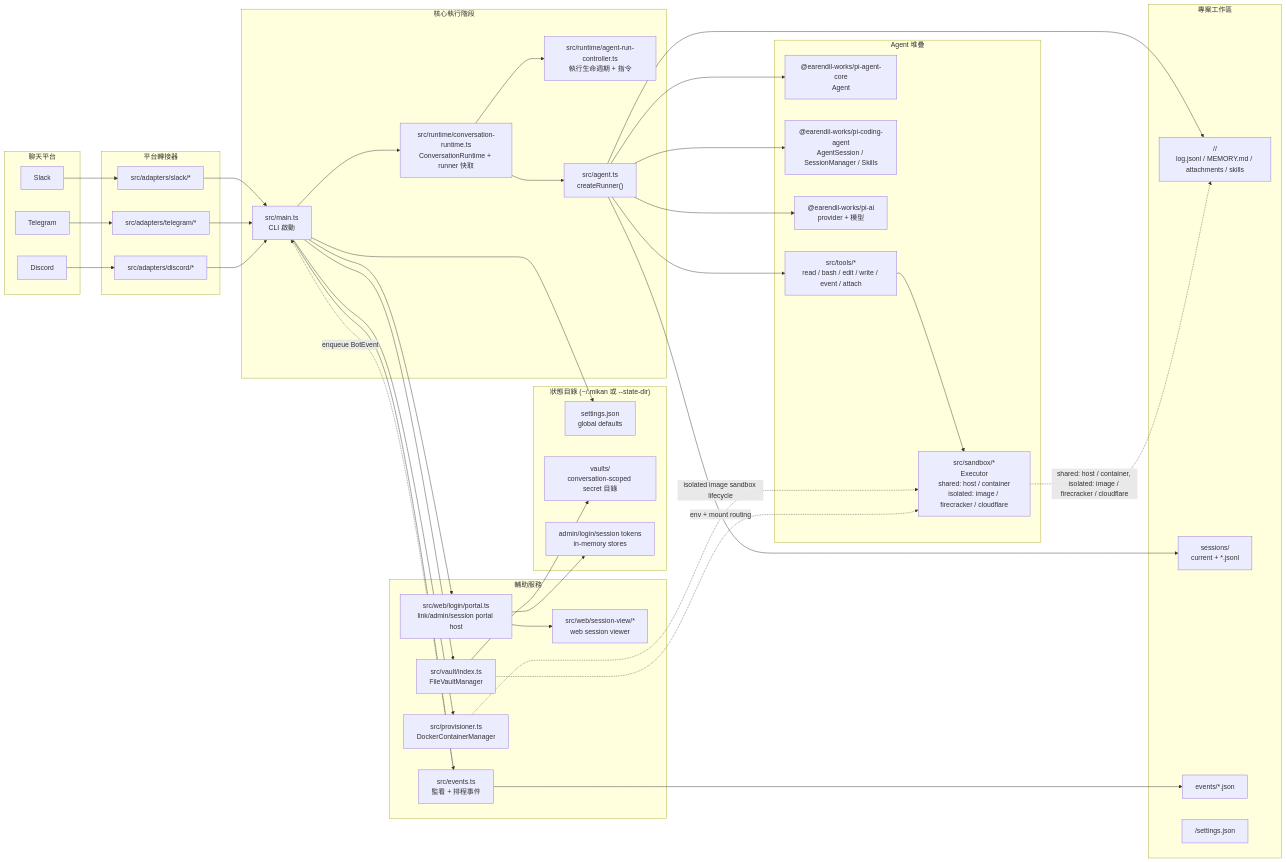
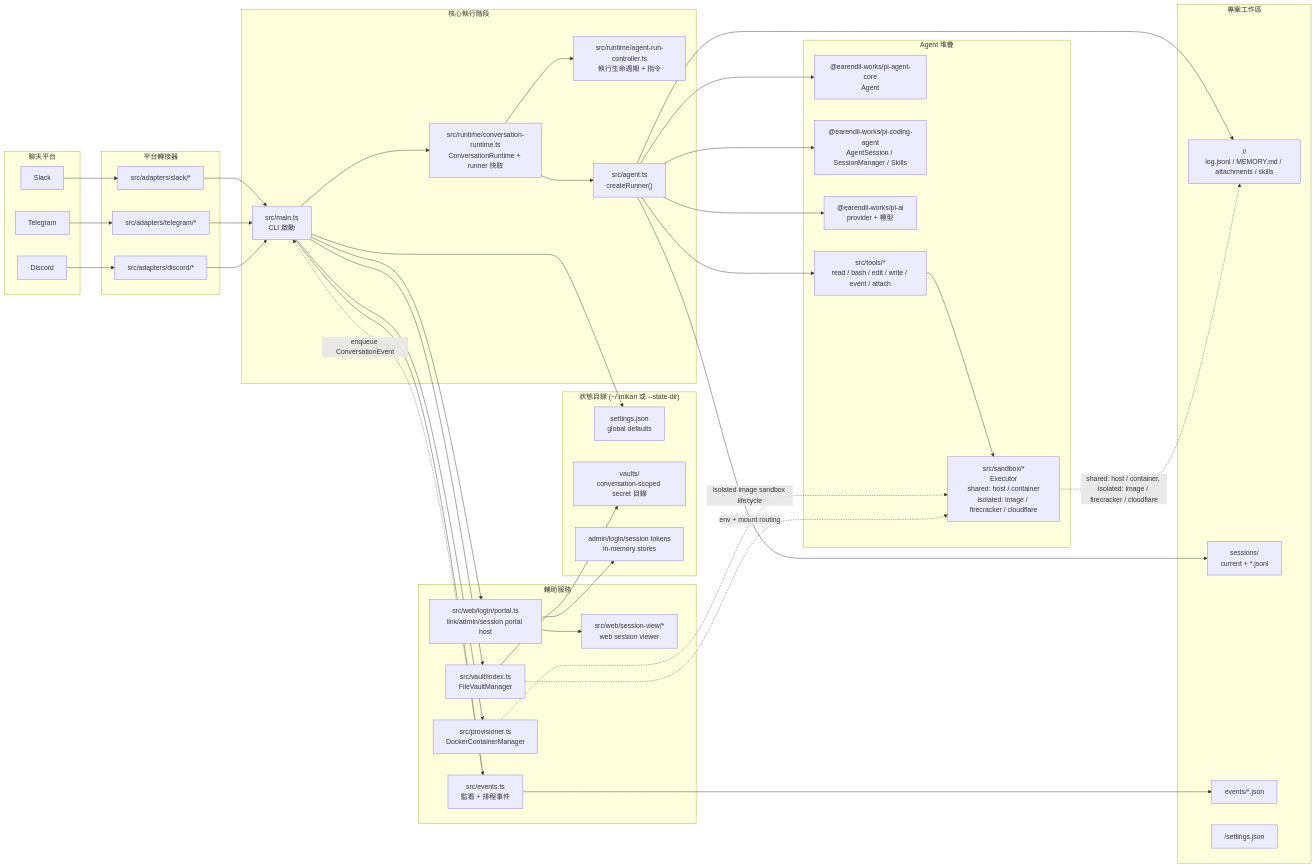
One commit to geminixiang/mikan changed the first of 3 diagrams in src/content/docs/zh-tw/architecture.md. Above: the diagram before and after it, drawn with Mermaid. The commit also changed other lines of this file and 78 other files, not shown here.

````diff
--- a/src/content/docs/zh-tw/architecture.md
+++ b/src/content/docs/zh-tw/architecture.md
@@ -89,5 +89,5 @@
   Executor -. shared: host / container, isolated: image / firecracker / cloudflare .-> ConversationDir
   Provisioner -. isolated image sandbox lifecycle .-> Executor
   VaultManager -. env + mount routing .-> Executor
-  EventsWatcher -. enqueue BotEvent .-> Main
+  EventsWatcher -. enqueue ConversationEvent .-> Main
 ```
````
